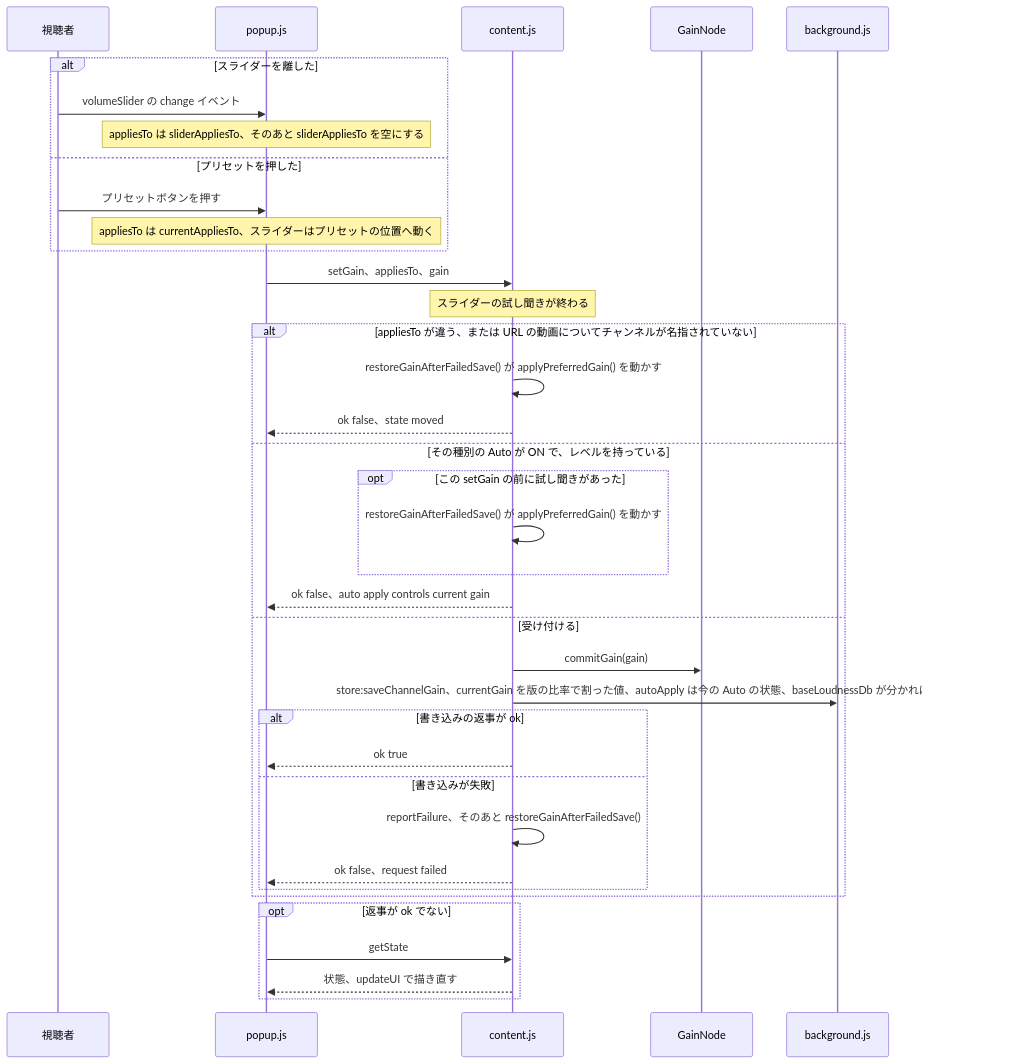
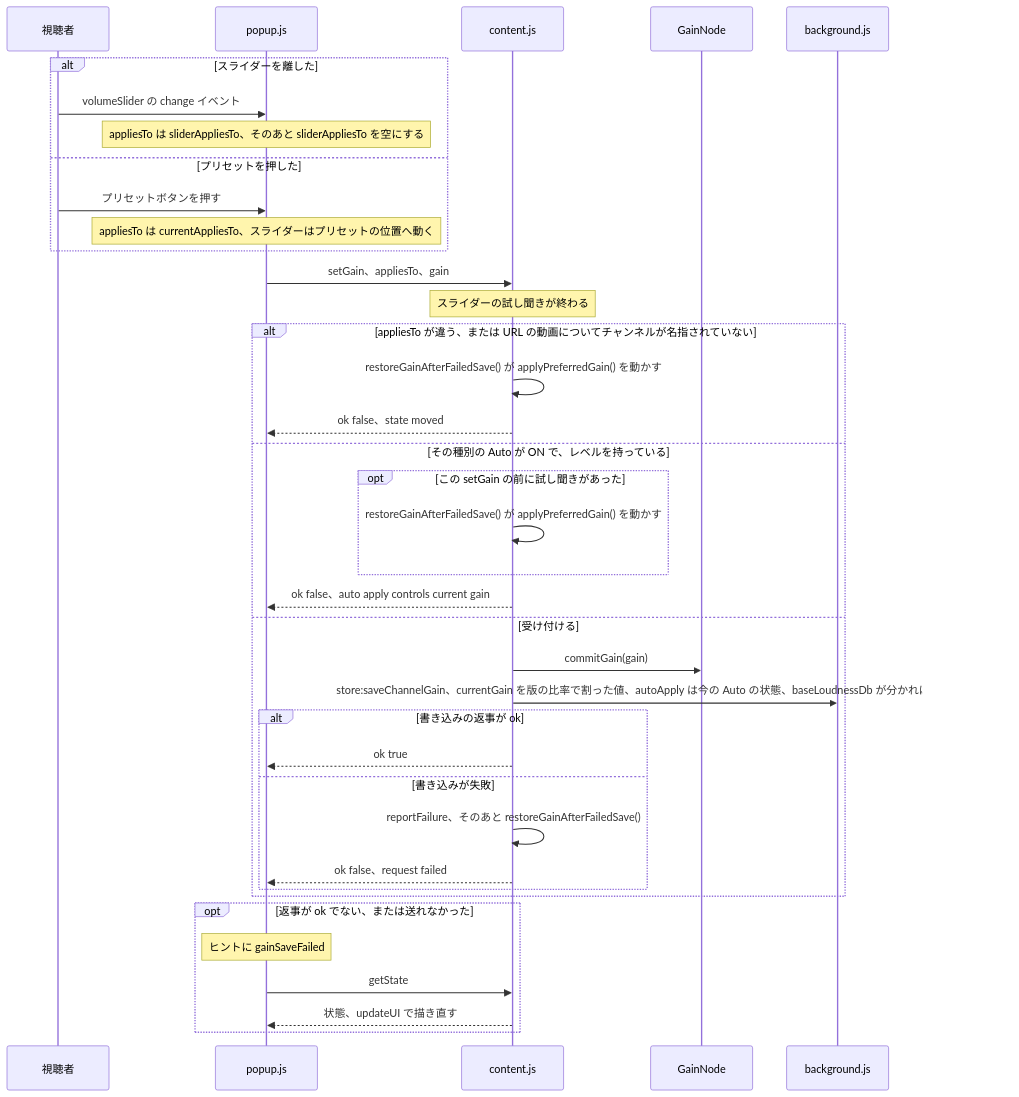
Before and after one commit to semnil/yt-channel-volume: the fourth of 14 diagrams in docs/gain-change-and-save.ja.md, drawn with Mermaid. The commit also changed other lines of this file and 10 other files, not shown here.

````diff
--- a/docs/gain-change-and-save.ja.md
+++ b/docs/gain-change-and-save.ja.md
@@ -202,39 +202,40 @@
 ```mermaid
 sequenceDiagram
   participant V as 視聴者
   participant P as popup.js
   participant C as content.js
   participant G as GainNode
   participant W as background.js
   alt スライダーを離した
     V->>P: volumeSlider の change イベント
     Note over P: appliesTo は sliderAppliesTo、そのあと sliderAppliesTo を空にする
   else プリセットを押した
     V->>P: プリセットボタンを押す
     Note over P: appliesTo は currentAppliesTo、スライダーはプリセットの位置へ動く
   end
   P->>C: setGain、appliesTo、gain
   Note over C: スライダーの試し聞きが終わる
   alt appliesTo が違う、または URL の動画についてチャンネルが名指されていない
     C->>C: restoreGainAfterFailedSave() が applyPreferredGain() を動かす
     C-->>P: ok false、state moved
   else その種別の Auto が ON で、レベルを持っている
     opt この setGain の前に試し聞きがあった
       C->>C: restoreGainAfterFailedSave() が applyPreferredGain() を動かす
     end
     C-->>P: ok false、auto apply controls current gain
   else 受け付ける
     C->>G: commitGain(gain)
     C->>W: store:saveChannelGain、currentGain を版の比率で割った値、autoApply は今の Auto の状態、baseLoudnessDb が分かれば heldAgainstPlain
     alt 書き込みの返事が ok
       C-->>P: ok true
     else 書き込みが失敗
       C->>C: reportFailure、そのあと restoreGainAfterFailedSave()
       C-->>P: ok false、request failed
     end
   end
-  opt 返事が ok でない
+  opt 返事が ok でない、または送れなかった
+    Note over P: ヒントに gainSaveFailed
     P->>C: getState
     C-->>P: 状態、updateUI で描き直す
   end
 ```
````
